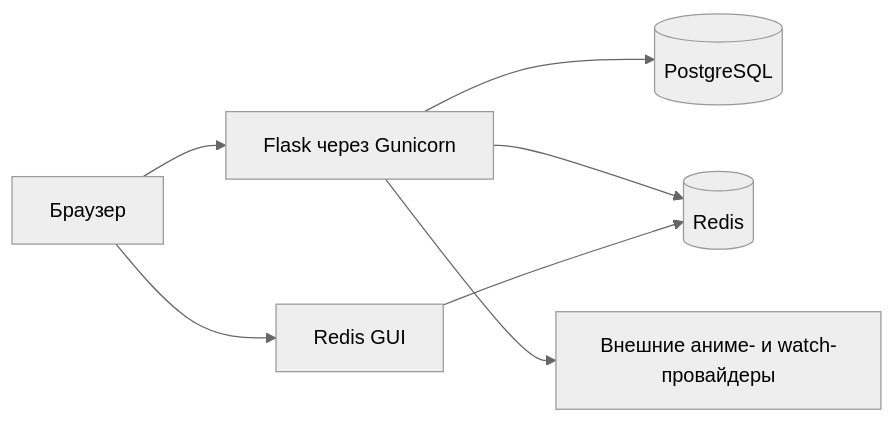
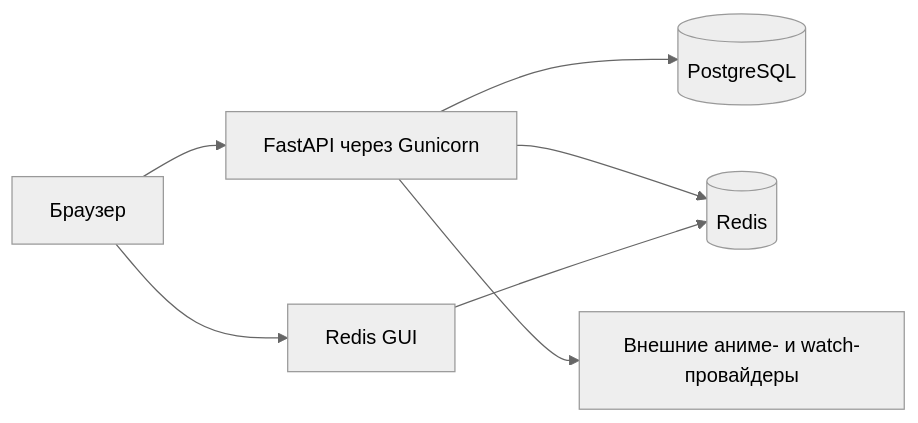
One commit to serega20112/Anime-Epic-Moments changed the first of 2 diagrams in docs/deployment/overview.md. Above: the diagram before and after it, drawn with Mermaid (neutral theme). The commit also changed other lines of this file and 358 other files, not shown here.

````diff
--- a/docs/deployment/overview.md
+++ b/docs/deployment/overview.md
@@ -15,16 +15,16 @@
 ```mermaid
 flowchart LR
     Client[Браузер]
-    App[Flask через Gunicorn]
+    App[FastAPI через Gunicorn]
     DB[(PostgreSQL)]
     Redis[(Redis)]
     RedisGUI[Redis GUI]
     Providers[Внешние аниме- и watch-провайдеры]
 
     Client --> App
     Client --> RedisGUI
     App --> DB
     App --> Redis
     App --> Providers
     RedisGUI --> Redis
 ```
````
